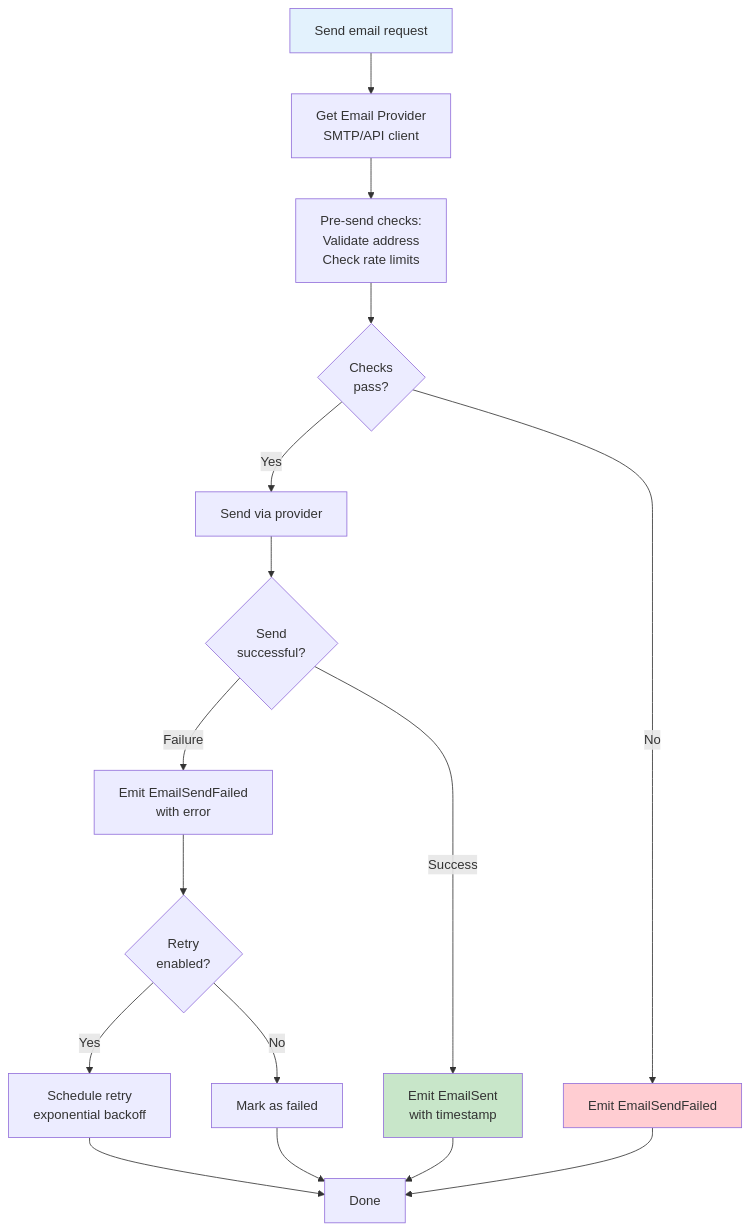
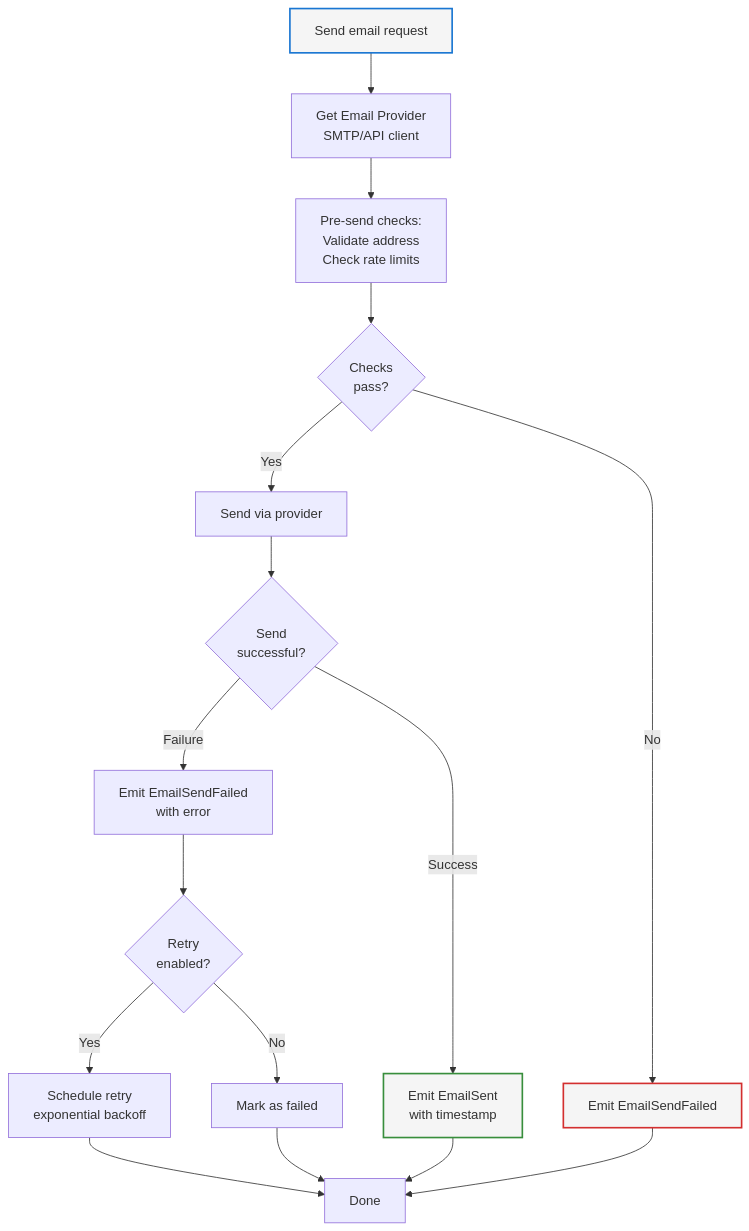
One commit to Org-for-Folio-AI/FolioAISpecs changed the second of 2 diagrams in design/components/06-Email-Composer.md. Above: the diagram before and after it, drawn with Mermaid. The commit also changed other lines of this file and 11 other files, not shown here.

First line of the commit message:
Update mermaid diagram colors for dark and light mode compatibility

````diff
--- a/design/components/06-Email-Composer.md
+++ b/design/components/06-Email-Composer.md
@@ -170,28 +170,28 @@
 ```mermaid
 flowchart TD
     Start["Send email request"] --> GetProvider["Get Email Provider<br/>SMTP/API client"]
 
     GetProvider --> PreSend["Pre-send checks:<br/>Validate address<br/>Check rate limits"]
     PreSend --> CheckOK{Checks<br/>pass?}
 
     CheckOK -->|No| Error["Emit EmailSendFailed"]
     CheckOK -->|Yes| Send["Send via provider"]
 
     Send --> Response{Send<br/>successful?}
 
     Response -->|Success| Success["Emit EmailSent<br/>with timestamp"]
     Response -->|Failure| Failure["Emit EmailSendFailed<br/>with error"]
 
     Failure --> Retry{Retry<br/>enabled?}
     Retry -->|Yes| Schedule["Schedule retry<br/>exponential backoff"]
     Retry -->|No| Final["Mark as failed"]
 
     Schedule --> Done["Done"]
     Final --> Done
     Success --> Done
     Error --> Done
 
-    style Start fill:#e3f2fd
-    style Success fill:#c8e6c9
-    style Error fill:#ffcdd2
+    style Start stroke:#1976d2,fill:#f5f5f5,stroke-width:2px
+    style Success stroke:#388e3c,fill:#f5f5f5,stroke-width:2px
+    style Error stroke:#d32f2f,fill:#f5f5f5,stroke-width:2px
 ```
````
